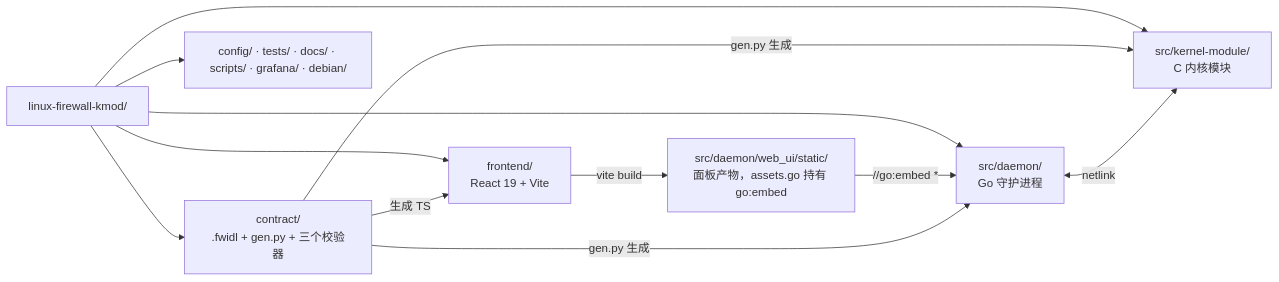
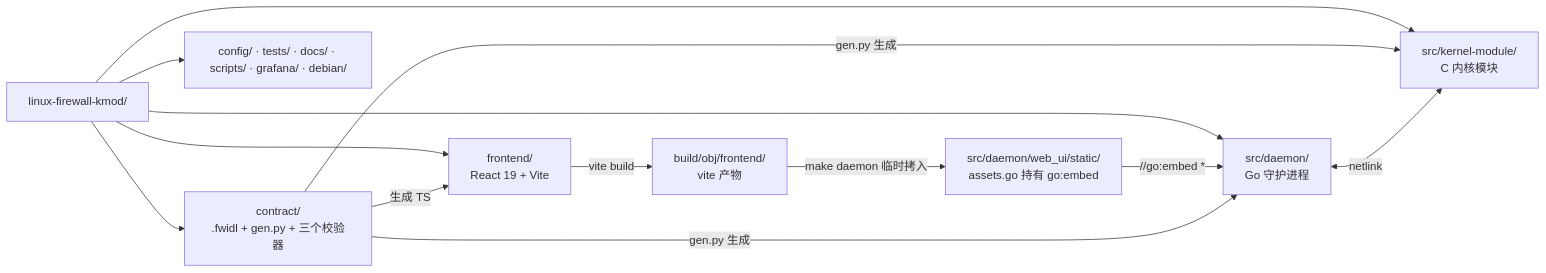
One commit to SnowCore8/linux-firewall-kmod changed the diagram in docs/zh/development/README.md. Above: the diagram before and after it, drawn with Mermaid. The commit also changed other lines of this file and 11 other files, not shown here.

````diff
--- a/docs/zh/development/README.md
+++ b/docs/zh/development/README.md
@@ -47,22 +47,24 @@
 ```mermaid
 graph LR
     ROOT["linux-firewall-kmod/"]
     KERNEL["src/kernel-module/<br/>C 内核模块"]
     DAEMON["src/daemon/<br/>Go 守护进程"]
     FRONTEND["frontend/<br/>React 19 + Vite"]
-    STATIC["src/daemon/web_ui/static/<br/>面板产物，assets.go 持有 go:embed"]
+    STATIC["src/daemon/web_ui/static/<br/>assets.go 持有 go:embed"]
+    OBJ["build/obj/frontend/<br/>vite 产物"]
     CONTRACT["contract/<br/>.fwidl + gen.py + 三个校验器"]
     SUPPORT["config/ · tests/ · docs/ · scripts/ · grafana/ · debian/"]
 
     ROOT --> KERNEL
     ROOT --> DAEMON
     ROOT --> FRONTEND
     ROOT --> CONTRACT
     ROOT --> SUPPORT
-    FRONTEND -->|"vite build"| STATIC
+    FRONTEND -->|"vite build"| OBJ
+    OBJ -->|"make daemon 临时拷入"| STATIC
     STATIC -->|"//go:embed *"| DAEMON
     CONTRACT -->|"gen.py 生成"| KERNEL
     CONTRACT -->|"gen.py 生成"| DAEMON
     CONTRACT -->|"生成 TS"| FRONTEND
     DAEMON <-->|"netlink"| KERNEL
 ```
````
